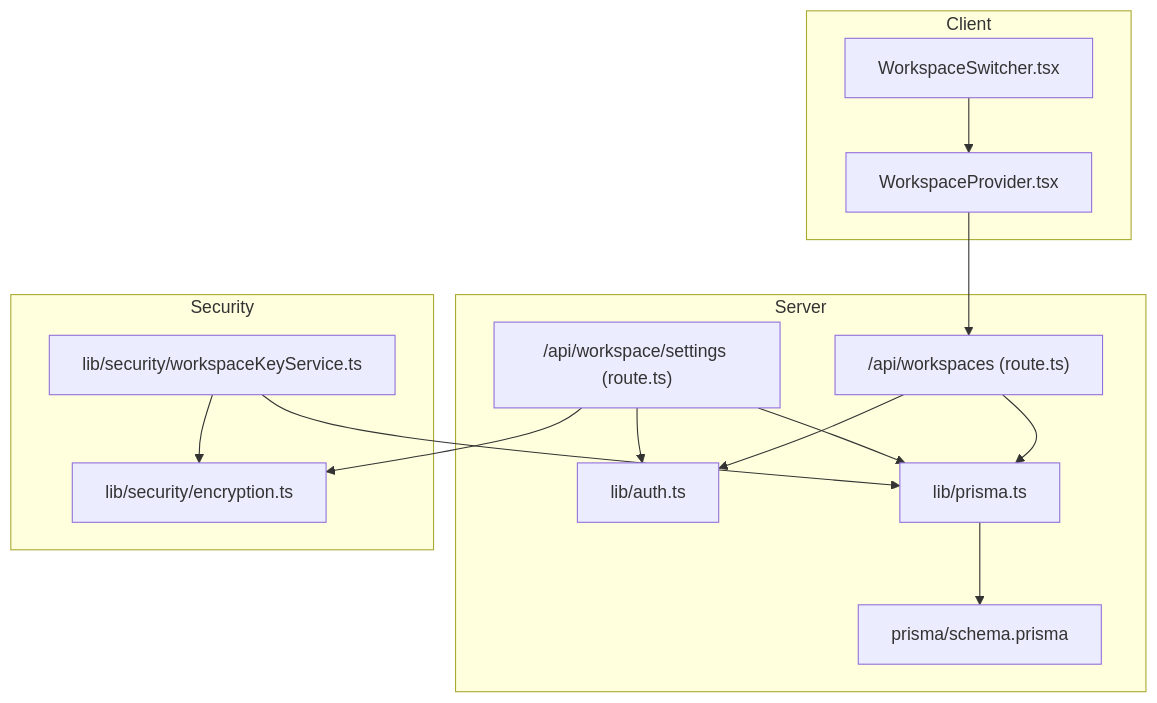
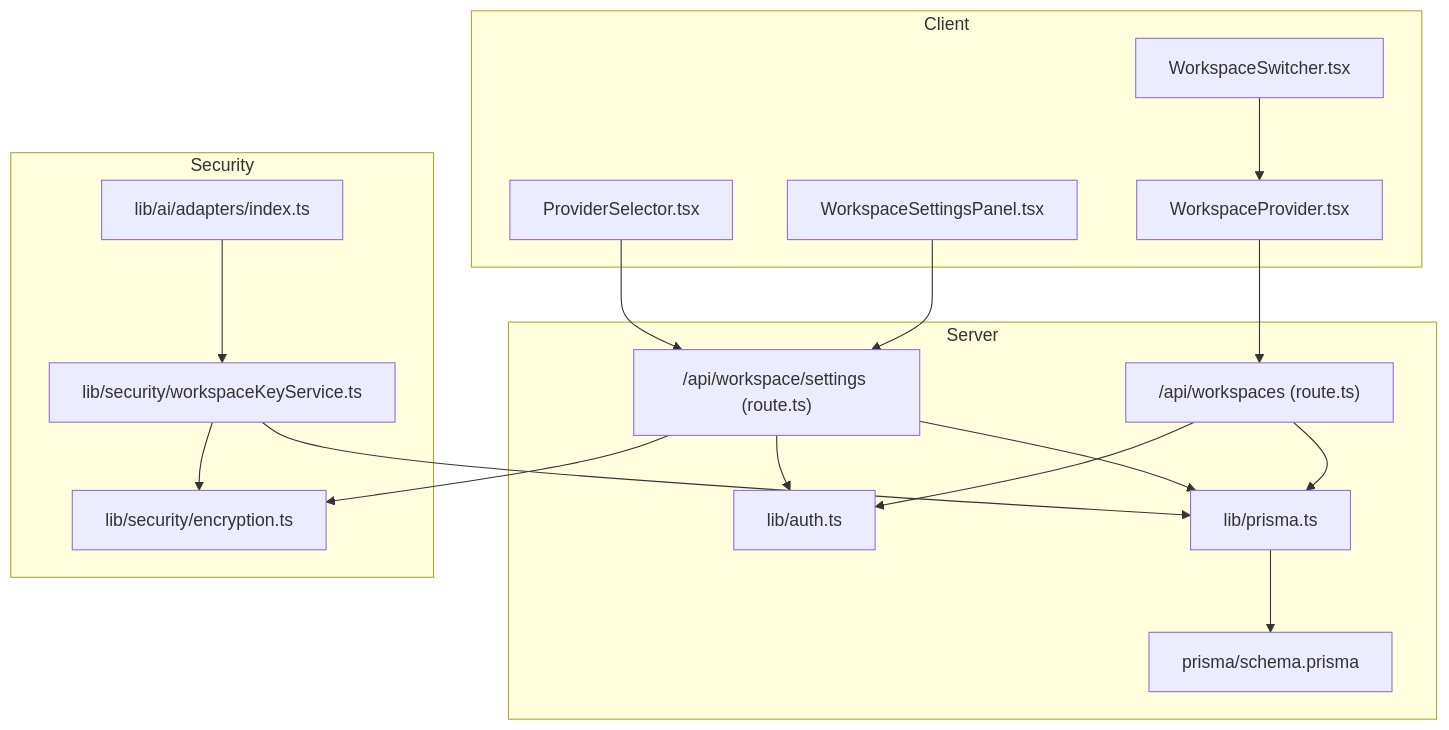
Before and after one commit to shekhargiri005-dotcom/AI-powered-accessibility-first-UI-engine: the first of 10 diagrams in .qoder/repowiki/en/content/Workspace & Multi-Tenancy/Workspace Management.md, drawn with Mermaid. The commit also changed other lines of this file and 7 other files, not shown here.

````diff
--- a/.qoder/repowiki/en/content/Workspace & Multi-Tenancy/Workspace Management.md
+++ b/.qoder/repowiki/en/content/Workspace & Multi-Tenancy/Workspace Management.md
@@ -39,28 +51,34 @@
 ```mermaid
 graph TB
 subgraph "Client"
 WSProvider["WorkspaceProvider.tsx"]
 WSSwitcher["WorkspaceSwitcher.tsx"]
+WSSettings["WorkspaceSettingsPanel.tsx"]
+ProviderSelector["ProviderSelector.tsx"]
 end
 subgraph "Server"
 WorkspacesAPI["/api/workspaces (route.ts)"]
 SettingsAPI["/api/workspace/settings (route.ts)"]
 Auth["lib/auth.ts"]
 Prisma["lib/prisma.ts"]
 Schema["prisma/schema.prisma"]
 end
 subgraph "Security"
 Encryption["lib/security/encryption.ts"]
 KeyService["lib/security/workspaceKeyService.ts"]
+Adapters["lib/ai/adapters/index.ts"]
 end
 WSProvider --> WorkspacesAPI
 WSSwitcher --> WSProvider
+WSSettings --> SettingsAPI
+ProviderSelector --> SettingsAPI
 WorkspacesAPI --> Prisma
 SettingsAPI --> Prisma
 SettingsAPI --> Encryption
 KeyService --> Prisma
 KeyService --> Encryption
 WorkspacesAPI --> Auth
 SettingsAPI --> Auth
+Adapters --> KeyService
 Prisma --> Schema
 ```
````
